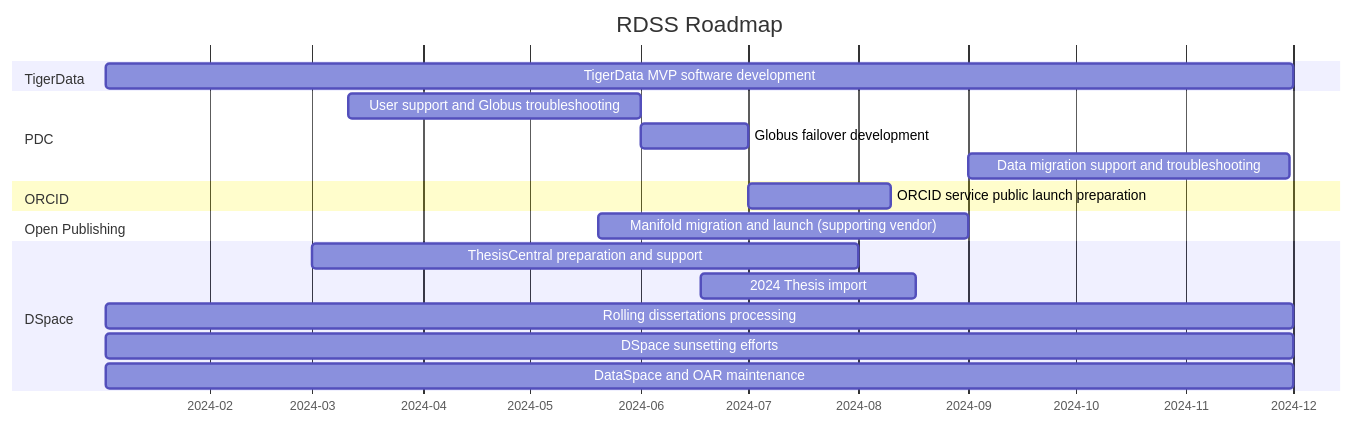
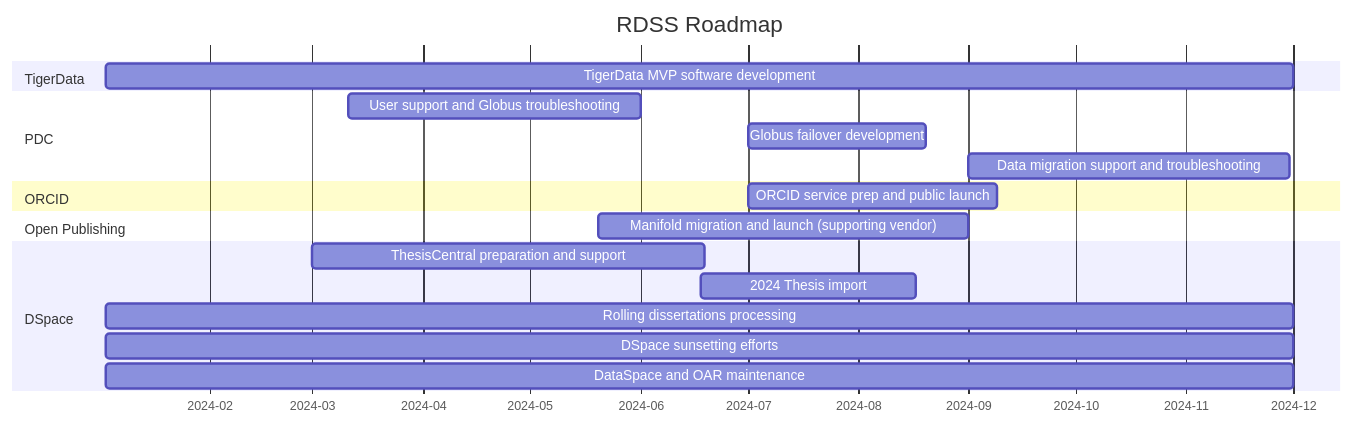
One commit to pulibrary/rdss-handbook changed the diagram in roadmap.md. Above: the diagram before and after it, drawn with Mermaid.

Commit message:
Updating roadmap

````diff
--- a/roadmap.md
+++ b/roadmap.md
@@ -5,22 +5,22 @@
 ```mermaid
 gantt
     title RDSS Roadmap
     axisFormat  %Y-%m
     dateformat YYYY-MM
     section TigerData
     TigerData MVP software development: td1,2024-01-03,333d
     section PDC
     User support and Globus troubleshooting: pd1,2024-03-11,82d
-    Globus failover development: pd2,2024-06-01,30d
+    Globus failover development: pd2,2024-07-01,50d
     Data migration support and troubleshooting: pd3,2024-09-01,90d
     section ORCID
-    ORCID service public launch preparation: or1,2024-07-01,40d
+    ORCID service prep and public launch: or1,2024-07-01,70d
     section Open Publishing
     Manifold migration and launch (supporting vendor): op1,2024-05-20,104d
     section DSpace
-    ThesisCentral preparation and support: dsp1,2024-03-01,153d
+    ThesisCentral preparation and support: dsp1,2024-03-01,110d
     2024 Thesis import: dsp2,2024-06-18,60d
     Rolling dissertations processing: dsp3,2024-01-03,333d
     DSpace sunsetting efforts: dsp4,2024-01-03,333d
     DataSpace and OAR maintenance: dsp5,2024-01-03,333d
 ```
````
